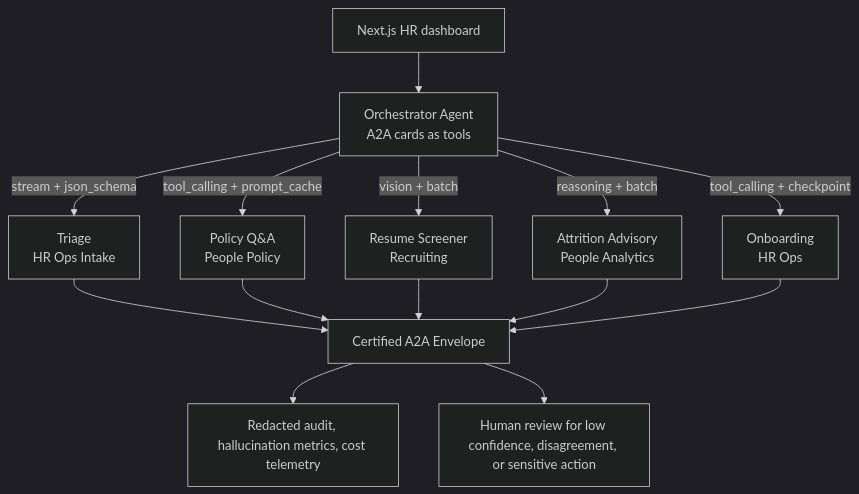
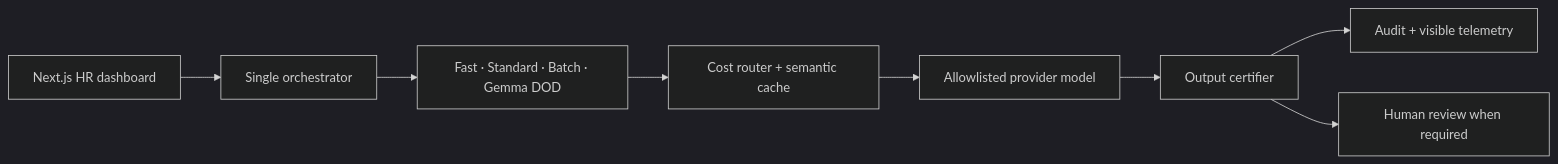
Before and after one commit to W4sP4nx2/HR-AI-Operations: the first of 3 diagrams in README.md, drawn with Mermaid (dark theme). The commit also changed other lines of this file and 158 other files, not shown here.

````diff
--- a/README.md
+++ b/README.md
@@ -149,16 +166,10 @@
 ```mermaid
-flowchart TD
-    UI["Next.js HR dashboard"] --> ORCH["Orchestrator Agent<br/>A2A cards as tools"]
-    ORCH -->|"stream + json_schema"| TRIAGE["Triage<br/>HR Ops Intake"]
-    ORCH -->|"tool_calling + prompt_cache"| POLICY["Policy Q&A<br/>People Policy"]
-    ORCH -->|"vision + batch"| RESUME["Resume Screener<br/>Recruiting"]
-    ORCH -->|"reasoning + batch"| ATTRITION["Attrition Advisory<br/>People Analytics"]
-    ORCH -->|"tool_calling + checkpoint"| ONBOARD["Onboarding<br/>HR Ops"]
-    TRIAGE --> ENV["Certified A2A Envelope"]
-    POLICY --> ENV
-    RESUME --> ENV
-    ATTRITION --> ENV
-    ONBOARD --> ENV
-    ENV --> AUDIT["Redacted audit, hallucination metrics, cost telemetry"]
-    ENV --> HUMAN["Human review for low confidence, disagreement, or sensitive action"]
+flowchart LR
+    UI["Next.js HR dashboard"] --> ORCH["Single orchestrator"]
+    ORCH --> ROUTE["Fast · Standard · Batch · Gemma DOD"]
+    ROUTE --> COST["Cost router + semantic cache"]
+    COST --> MODEL["Allowlisted provider model"]
+    MODEL --> CERT["Output certifier"]
+    CERT --> AUDIT["Audit + visible telemetry"]
+    CERT --> HUMAN["Human review when required"]
 ```
````
